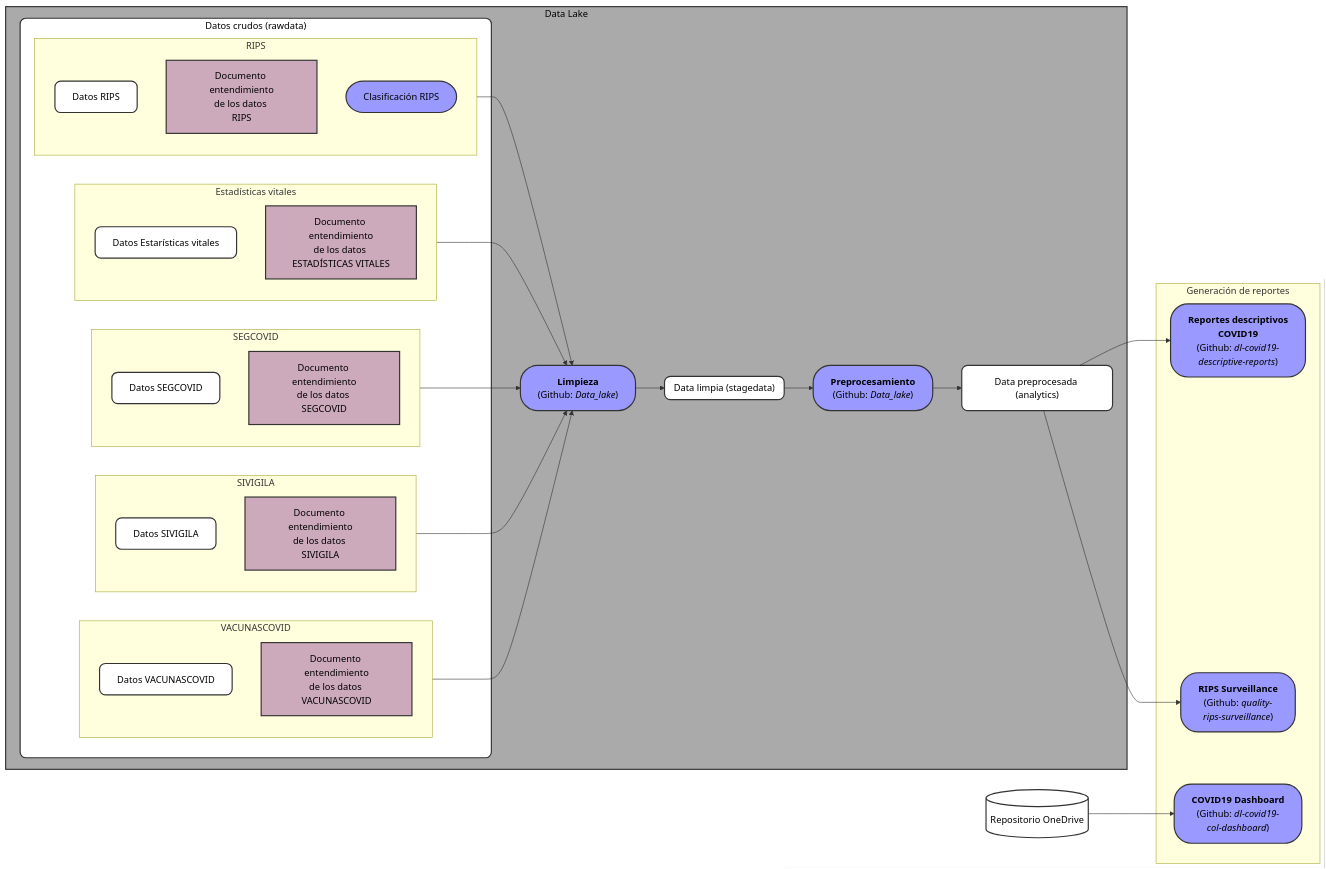
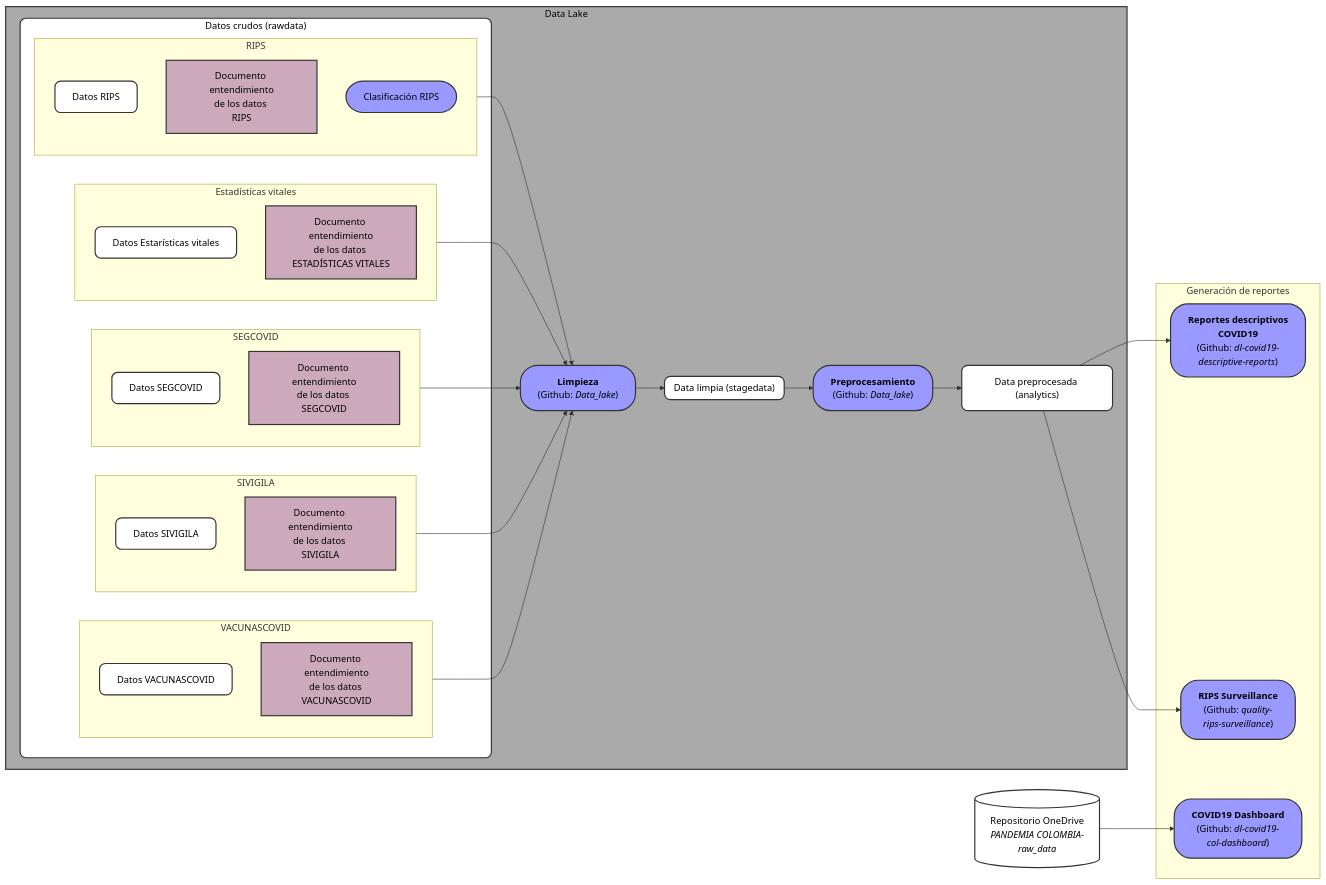
Before and after one commit to AGORA-COL/.github: the diagram in profile/DataLake/FlujoDatos.md, drawn with Mermaid.

```diff
--- a/profile/DataLake/FlujoDatos.md
+++ b/profile/DataLake/FlujoDatos.md
@@ -71,7 +71,9 @@
     AN --> RS
 
 
-    OD[(Repositorio OneDrive)]
+    OD[("`Repositorio OneDrive
+    *PANDEMIA COLOMBIA-raw_data*
+    `")]
 
     OD --> DB
 
```
